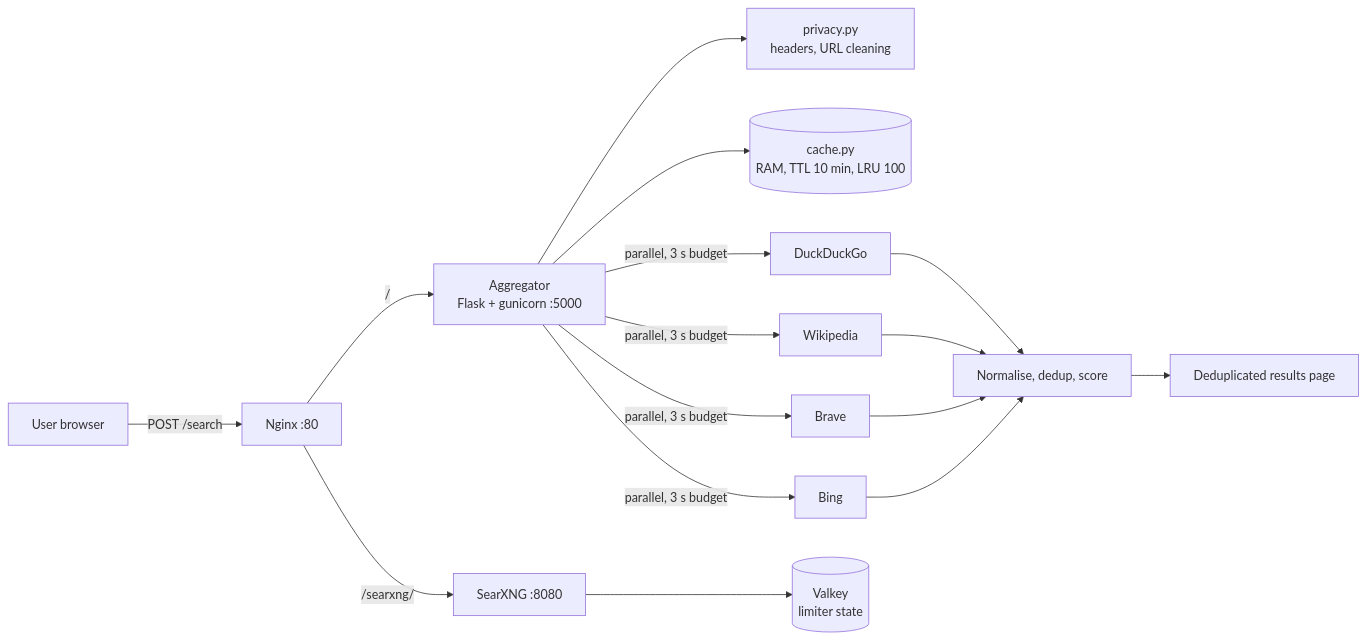
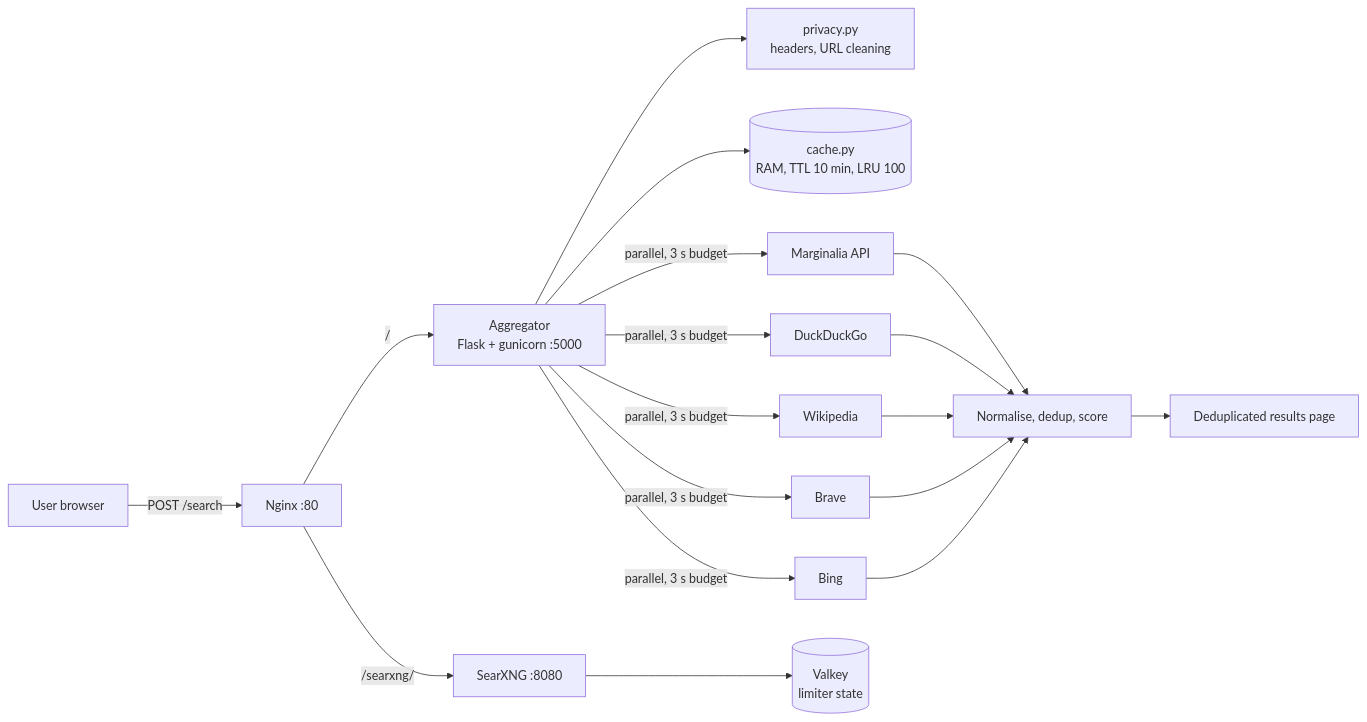
One commit to MrBaten/private-search-engine changed the diagram in README.md. Above: the diagram before and after it, drawn with Mermaid. The commit also changed other lines of this file and 17 other files, not shown here.

````diff
--- a/README.md
+++ b/README.md
@@ -70,18 +74,20 @@
 ```mermaid
 flowchart LR
     U[User browser] -->|POST /search| N[Nginx :80]
     N -->|/| A[Aggregator<br/>Flask + gunicorn :5000]
     A --> P[privacy.py<br/>headers, URL cleaning]
     A --> C[(cache.py<br/>RAM, TTL 10 min, LRU 100)]
     A -->|parallel, 3 s budget| E1[DuckDuckGo]
     A -->|parallel, 3 s budget| E2[Wikipedia]
     A -->|parallel, 3 s budget| E3[Brave]
     A -->|parallel, 3 s budget| E4[Bing]
+    A -->|parallel, 3 s budget| E5[Marginalia API]
+    E5 --> D
     E1 --> D[Normalise, dedup, score]
     E2 --> D
     E3 --> D
     E4 --> D
     D --> R[Deduplicated results page]
     N -->|/searxng/| S[SearXNG :8080]
     S --> V[(Valkey<br/>limiter state)]
 ```
````
